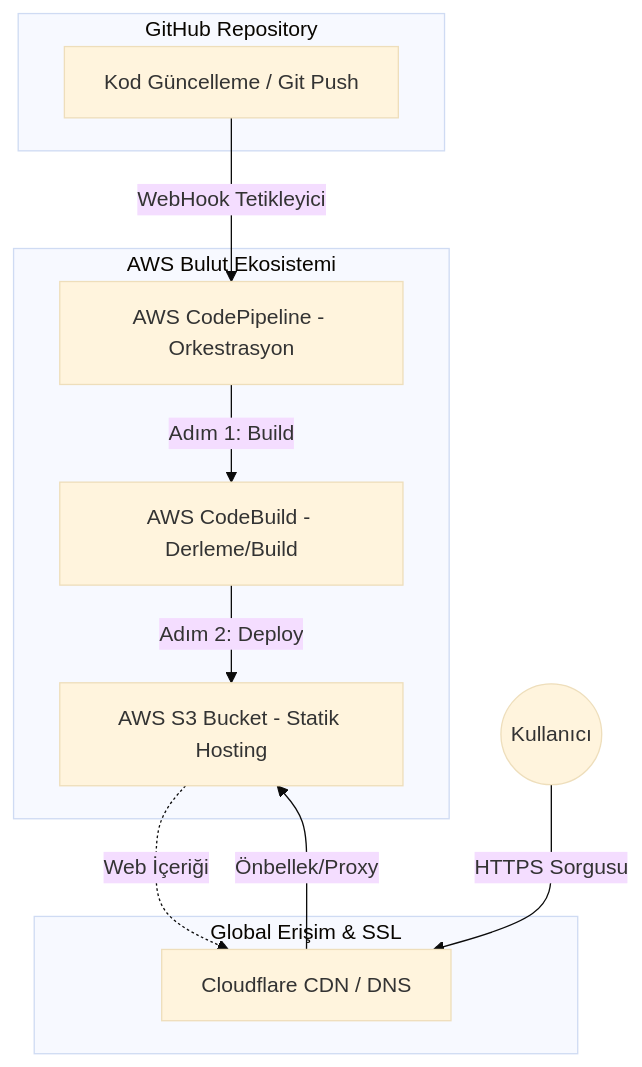
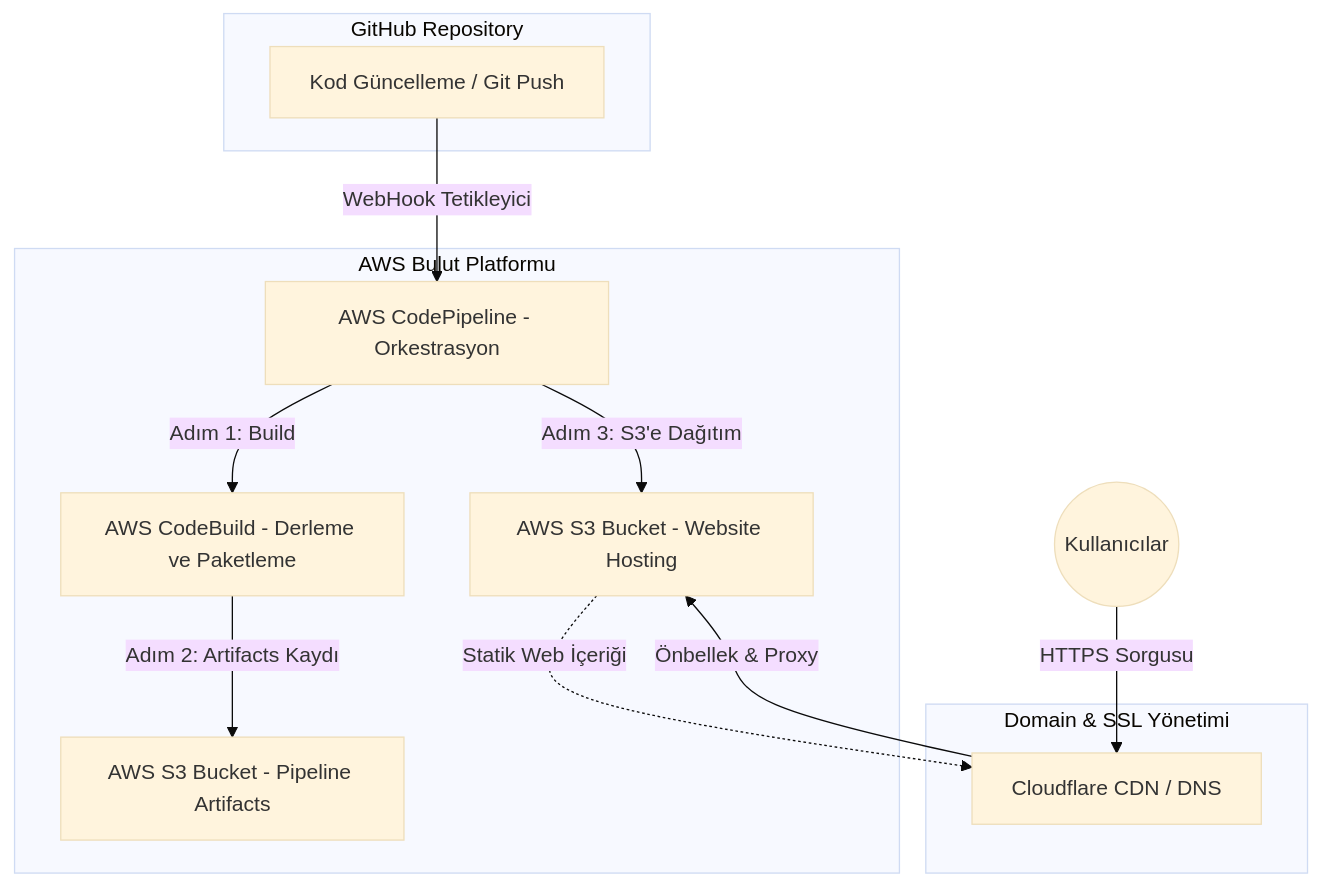
The diagram in README.md (hakanbayraktar/s3-landing-page), drawn with Mermaid (base theme) before and after one commit. The commit also changed other lines of this file and 8 other files, not shown here.

````diff
--- a/README.md
+++ b/README.md
@@ -13,24 +15,26 @@
 ```mermaid
 graph TD
     subgraph GitHub ["GitHub Repository"]
         SourceCode[Kod Güncelleme / Git Push]
     end
 
-    subgraph AWS_Altyapisi ["AWS Bulut Ekosistemi"]
+    subgraph AWS_Cloud ["AWS Bulut Platformu"]
         CP[AWS CodePipeline - Orkestrasyon]
-        CB[AWS CodeBuild - Derleme/Build]
-        S3[AWS S3 Bucket - Statik Hosting]
+        CB[AWS CodeBuild - Derleme ve Paketleme]
+        S3_Host[AWS S3 Bucket - Website Hosting]
+        S3_Art[AWS S3 Bucket - Pipeline Artifacts]
         
         SourceCode -->|WebHook Tetikleyici| CP
         CP -->|Adım 1: Build| CB
-        CB -->|Adım 2: Deploy| S3
+        CB -->|Adım 2: Artifacts Kaydı| S3_Art
+        CP -->|Adım 3: S3'e Dağıtım| S3_Host
     end
 
-    subgraph CDN_Güvenlik ["Global Erişim & SSL"]
+    subgraph Erişim_Güvenlik ["Domain & SSL Yönetimi"]
         CF[Cloudflare CDN / DNS]
-        S3 -.->|Web İçeriği| CF
+        S3_Host -.->|Statik Web İçeriği| CF
     end
 
-    User((Kullanıcı)) -->|HTTPS Sorgusu| CF
-    CF -->|Önbellek/Proxy| S3
+    User((Kullanıcılar)) -->|HTTPS Sorgusu| CF
+    CF -->|Önbellek & Proxy| S3_Host
 ```
````
